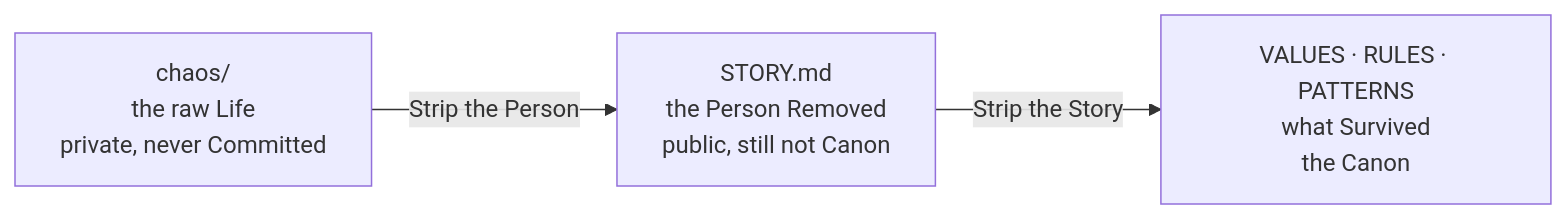
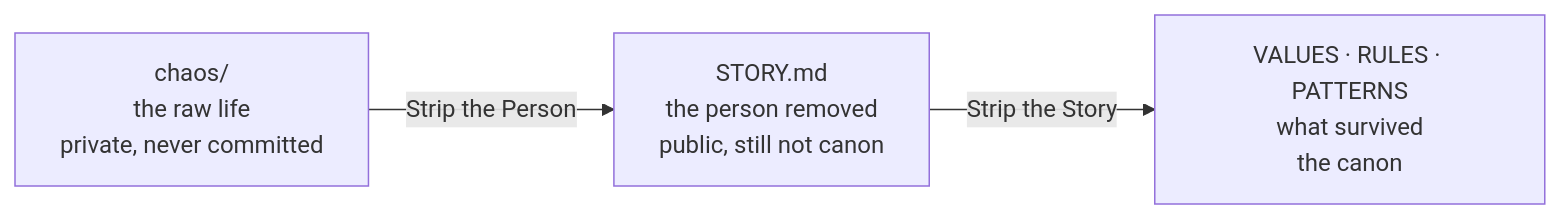
One commit to cangrejometralleta/OneTwoThree changed the fourth of 4 diagrams in README.md. Above: the diagram before and after it, drawn with Mermaid. The commit also changed other lines of this file and 1 other file, not shown here.

````diff
--- a/README.md
+++ b/README.md
@@ -170,7 +236,7 @@
 ```mermaid
 flowchart LR
-    CHAOS["chaos/<br/>the raw Life<br/>private, never Committed"]
-    STORY["STORY.md<br/>the Person Removed<br/>public, still not Canon"]
-    CANON["VALUES · RULES · PATTERNS<br/>what Survived<br/>the Canon"]
+    CHAOS["chaos/<br/>the raw life<br/>private, never committed"]
+    STORY["STORY.md<br/>the person removed<br/>public, still not canon"]
+    CANON["VALUES · RULES · PATTERNS<br/>what survived<br/>the canon"]
     CHAOS -- "Strip the Person" --> STORY -- "Strip the Story" --> CANON
 ```
````
